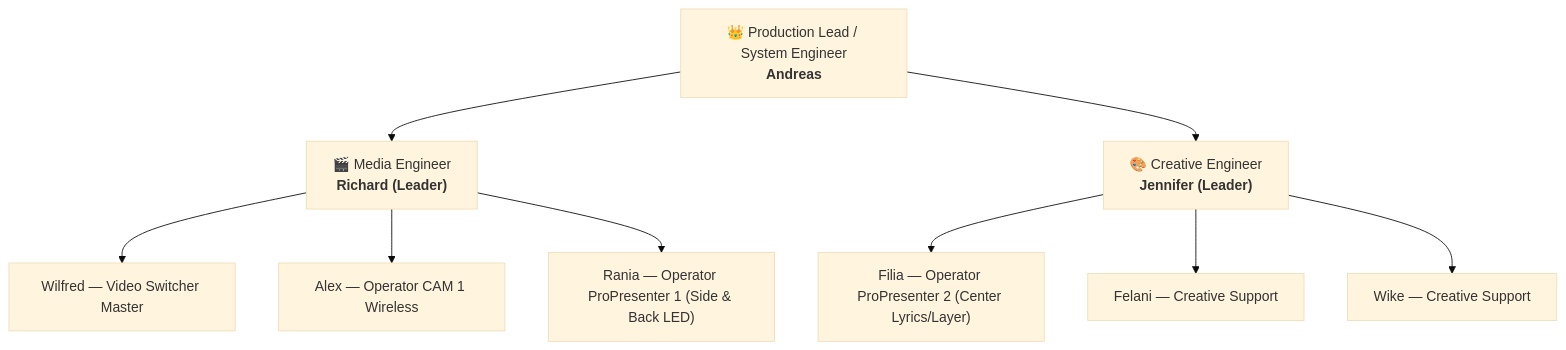
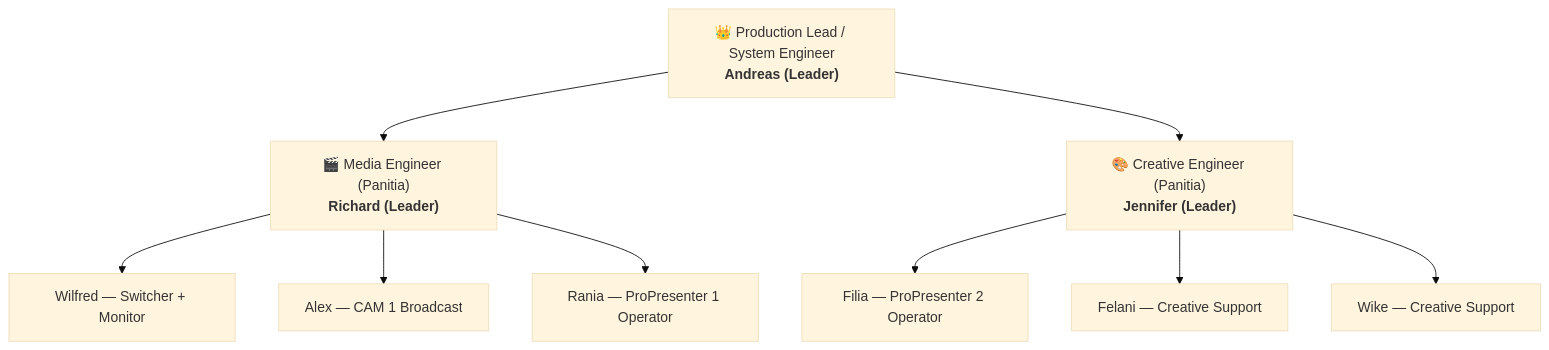
The first of 8 diagrams in README.md (zzdree/ip26-production), drawn with Mermaid (base theme) before and after one commit. The commit also changed other lines of this file and 9 other files, not shown here.

First line of the commit message:
feat: synchronize master architecture, camera routing, and 18-lender inventory (158 items)

````diff
--- a/README.md
+++ b/README.md
@@ -71,13 +51,13 @@
 ```mermaid
 flowchart TD
-    A["👑 Production Lead / System Engineer<br/><b>Andreas</b>"] --> B["🎬 Media Engineer<br/><b>Richard (Leader)</b>"]
-    A --> C["🎨 Creative Engineer<br/><b>Jennifer (Leader)</b>"]
+    A["👑 Production Lead / System Engineer<br/><b>Andreas (Leader)</b>"] --> B["🎬 Media Engineer (Panitia)<br/><b>Richard (Leader)</b>"]
+    A --> C["🎨 Creative Engineer (Panitia)<br/><b>Jennifer (Leader)</b>"]
     
-    B --> B1["Wilfred — Video Switcher Master"]
-    B --> B2["Alex — Operator CAM 1 Wireless"]
-    B --> B3["Rania — Operator ProPresenter 1 (Side & Back LED)"]
+    B --> B1["Wilfred — Switcher + Monitor"]
+    B --> B2["Alex — CAM 1 Broadcast"]
+    B --> B3["Rania — ProPresenter 1 Operator"]
     
-    C --> C1["Filia — Operator ProPresenter 2 (Center Lyrics/Layer)"]
+    C --> C1["Filia — ProPresenter 2 Operator"]
     C --> C2["Felani — Creative Support"]
     C --> C3["Wike — Creative Support"]
 ```
````
